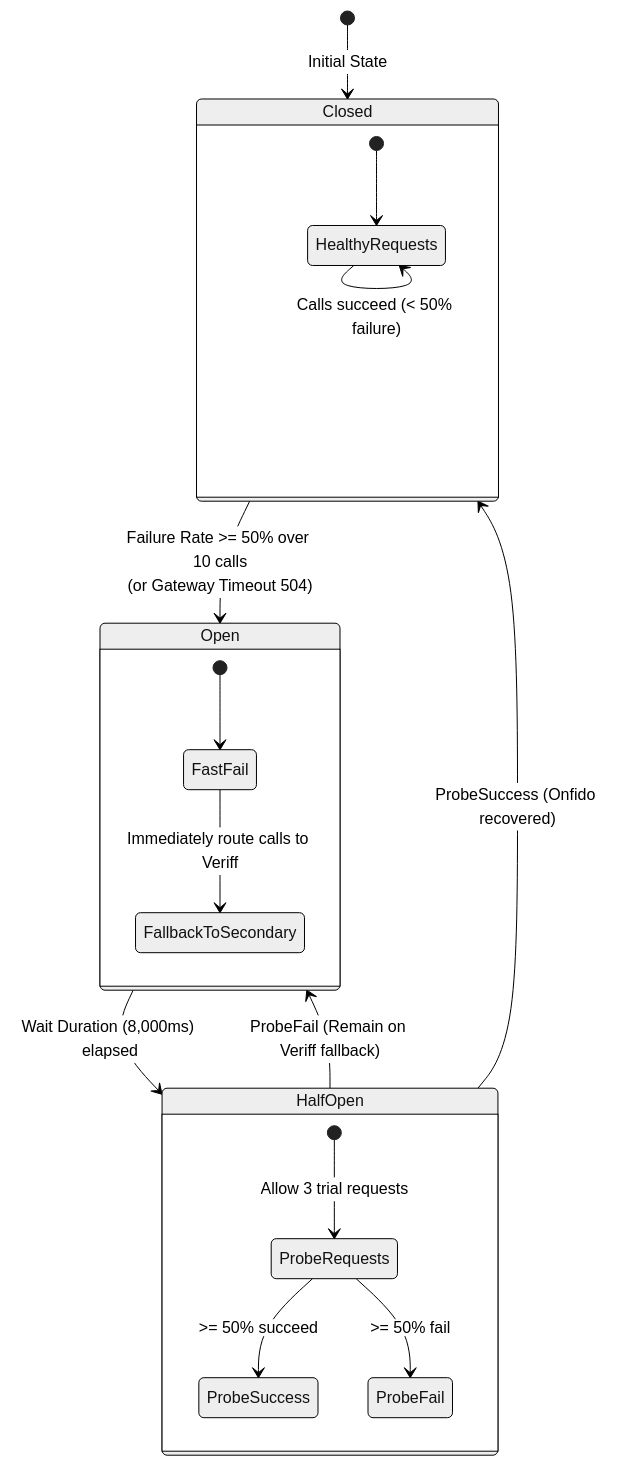
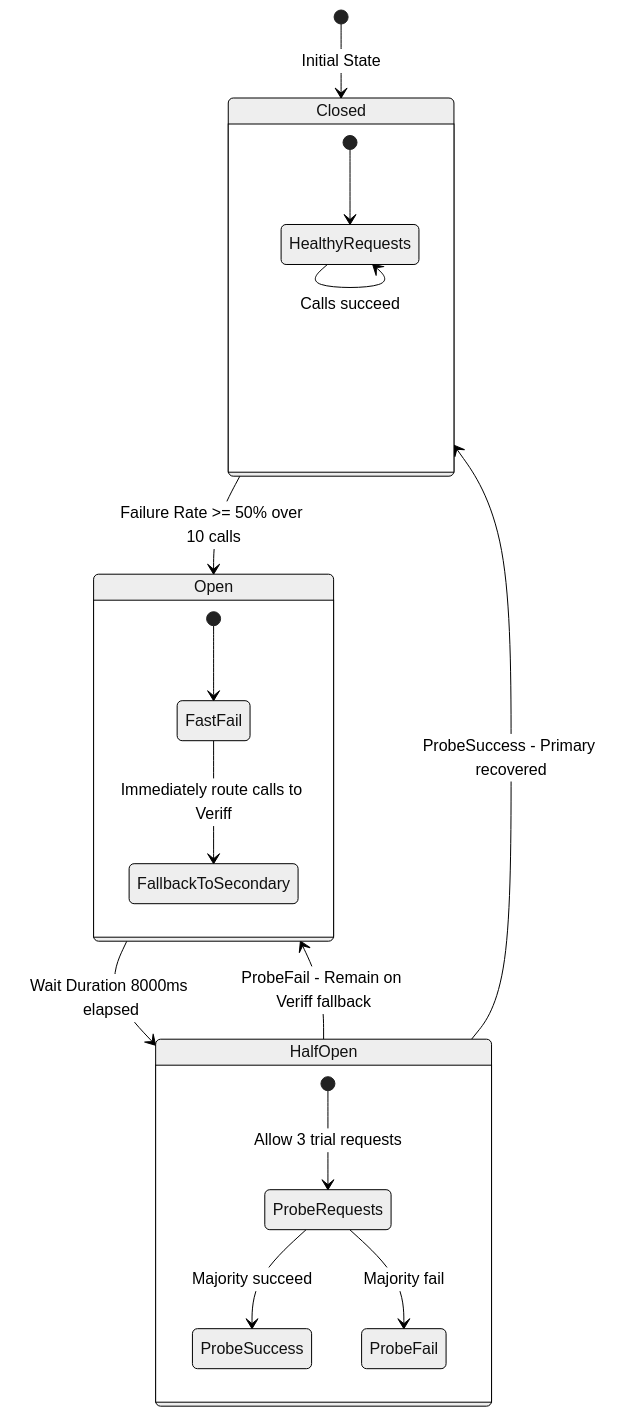
Before and after one commit to snehanathani/global-kyc-onboarding-platform: the third of 3 diagrams in ARCHITECTURE.md, drawn with Mermaid (neutral theme). The commit also changed other lines of this file and 99 other files, not shown here.

Commit message:
refactor: generalize package to com.fintech.kyc, fix mermaid syntax, and remove proprietary naming

````diff
--- a/ARCHITECTURE.md
+++ b/ARCHITECTURE.md
@@ -130,27 +130,27 @@
 ```mermaid
 stateDiagram-v2
     [*] --> Closed: Initial State
 
     state Closed {
         [*] --> HealthyRequests
-        HealthyRequests --> HealthyRequests: Calls succeed (< 50% failure)
+        HealthyRequests --> HealthyRequests: Calls succeed
     }
 
-    Closed --> Open: Failure Rate >= 50% over 10 calls<br/>(or Gateway Timeout 504)
+    Closed --> Open: Failure Rate >= 50% over 10 calls
     
     state Open {
         [*] --> FastFail
         FastFail --> FallbackToSecondary: Immediately route calls to Veriff
     }
 
-    Open --> HalfOpen: Wait Duration (8,000ms) elapsed
+    Open --> HalfOpen: Wait Duration 8000ms elapsed
     
     state HalfOpen {
         [*] --> ProbeRequests: Allow 3 trial requests
-        ProbeRequests --> ProbeSuccess: >= 50% succeed
-        ProbeRequests --> ProbeFail: >= 50% fail
+        ProbeRequests --> ProbeSuccess: Majority succeed
+        ProbeRequests --> ProbeFail: Majority fail
     }
 
-    HalfOpen --> Closed: ProbeSuccess (Onfido recovered)
-    HalfOpen --> Open: ProbeFail (Remain on Veriff fallback)
+    HalfOpen --> Closed: ProbeSuccess - Primary recovered
+    HalfOpen --> Open: ProbeFail - Remain on Veriff fallback
 ```
````
